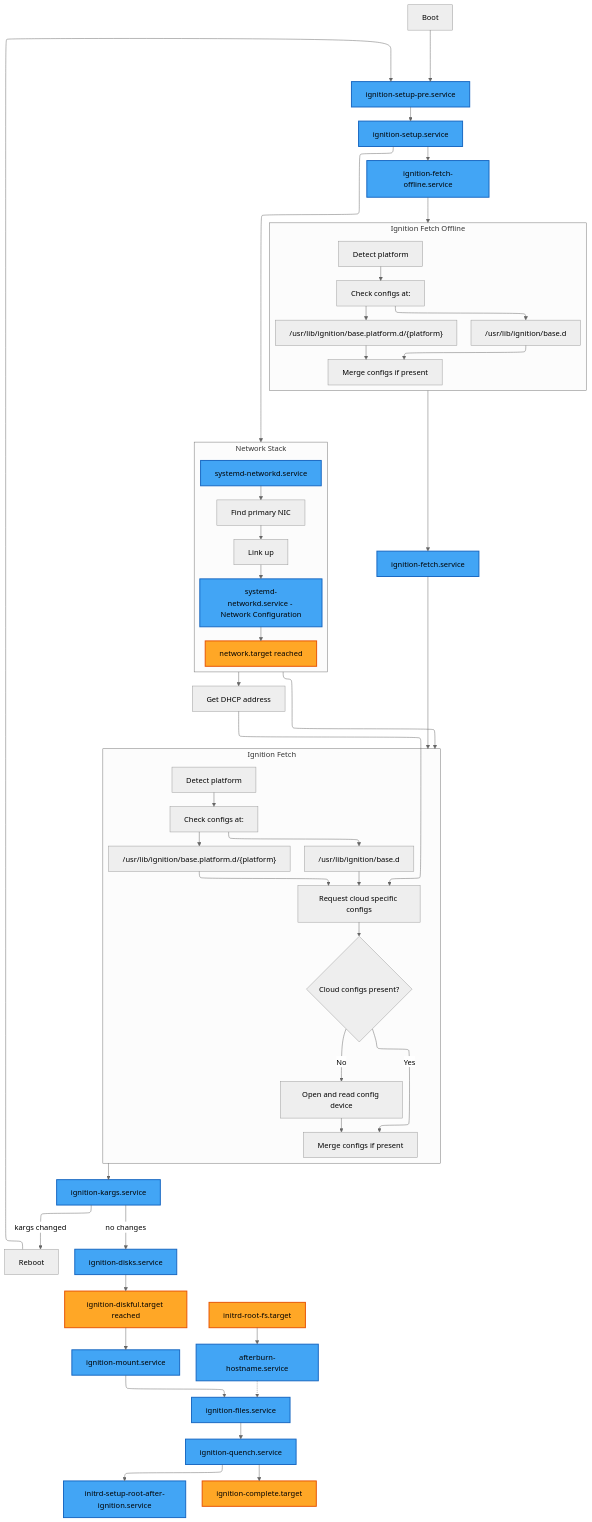
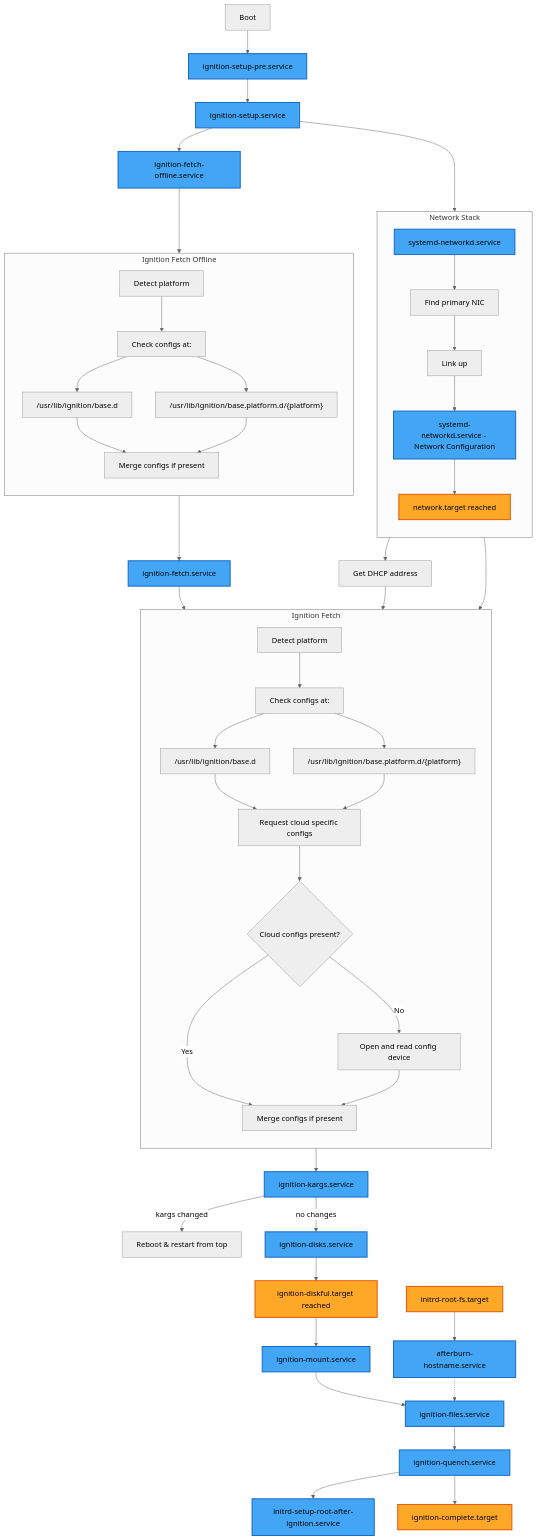
One commit to coreos/ignition changed the diagram in docs/ignition-flow.md. Above: the diagram before and after it, drawn with Mermaid (neutral theme).

Commit message:
Remove the elk renderer

````diff
--- a/docs/ignition-flow.md
+++ b/docs/ignition-flow.md
@@ -1,20 +1,11 @@
 ```mermaid
----
-config:
-    flowchart:
-        defaultRenderer: elk
----
 flowchart TB
     %% ===== IGNITION BOOT FLOW =====
 
     %% --- Early Boot ---
-    subgraph EARLY_BOOT [" "]
-        direction TB
-        setup_pre["ignition-setup-pre.service"] --> setup["ignition-setup.service"]
-        setup --> fetch_offline["ignition-fetch-offline.service"]
-    end
-    
-    boot["Boot"] --> setup_pre
+    boot["Boot"] --> setup_pre["ignition-setup-pre.service"]
+    setup_pre --> setup["ignition-setup.service"]
+    setup --> fetch_offline["ignition-fetch-offline.service"]
 
     %% --- Fetch Offline Details ---
     subgraph FETCH_OFFLINE ["Ignition Fetch Offline"]
@@ -58,27 +49,23 @@
     fetch_service --> FETCH_ONLINE
     
     %% --- Network Stack ---
-    subgraph NETWORK_GROUP [" "]
-        subgraph NETWORK ["Network Stack"]
-            direction TB
-            networkd_service["systemd-networkd.service"]
-            find_primary_nic["Find primary NIC"]
-            link_up["Link up"]
-            network_config["systemd-networkd.service - Network Configuration"]
-            network_target["network.target reached"]
-            networkd_service --> find_primary_nic --> link_up --> network_config --> network_target
-        end
-        get_dhcp_address["Get DHCP address"]
-        NETWORK --> get_dhcp_address
+    subgraph NETWORK ["Network Stack"]
+        direction TB
+        networkd_service["systemd-networkd.service"]
+        find_primary_nic["Find primary NIC"]
+        link_up["Link up"]
+        network_config["systemd-networkd.service - Network Configuration"]
+        network_target["network.target reached"]
+        networkd_service --> find_primary_nic --> link_up --> network_config --> network_target
     end
     setup --> NETWORK
     NETWORK --> FETCH_ONLINE
+    NETWORK --> get_dhcp_address["Get DHCP address"]
     get_dhcp_address --> online_request_cloud_configs
     
     %% --- Disk & Mount Services ---
     FETCH_ONLINE --> kargs_service["ignition-kargs.service"]
-    kargs_service -->|kargs changed| reboot_kargs["Reboot"]
-    reboot_kargs --> setup_pre
+    kargs_service -->|kargs changed| reboot_kargs["Reboot & restart from top"]
     
     kargs_service -->|no changes| disks_service["ignition-disks.service"]
     disks_service --> diskful_target["ignition-diskful.target reached"]
@@ -98,7 +85,5 @@
     
     class setup_pre,setup,fetch_offline,fetch_service,kargs_service,disks_service,mount_service,files_service,quench_service,initrd_setup_root,network_config,networkd_service,afterburn_hostname_service service
     class diskful_target,complete_target,network_target,initrd_root_fs_target target
-    
-    style EARLY_BOOT fill:none,stroke:none
-    style NETWORK_GROUP fill:none,stroke:none
+
 ```
````
